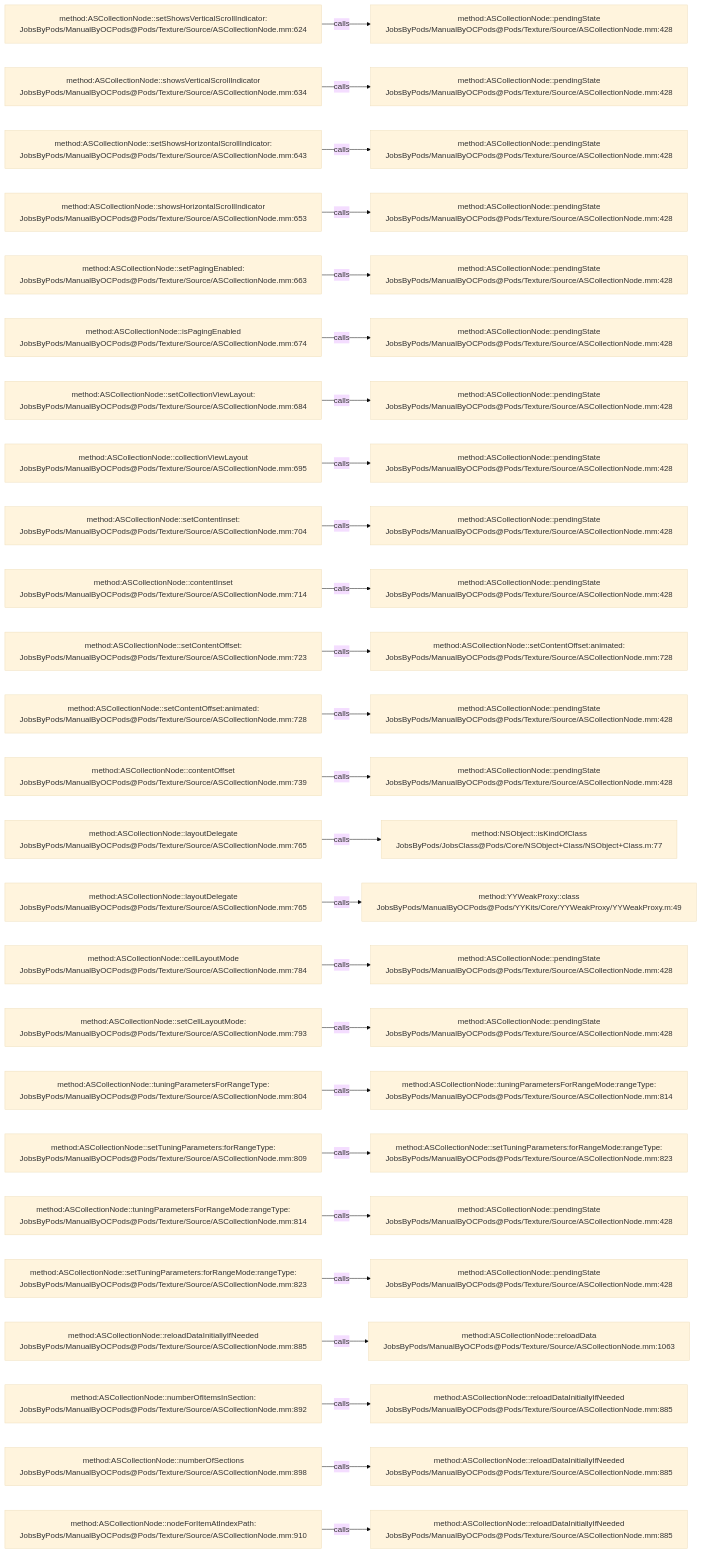
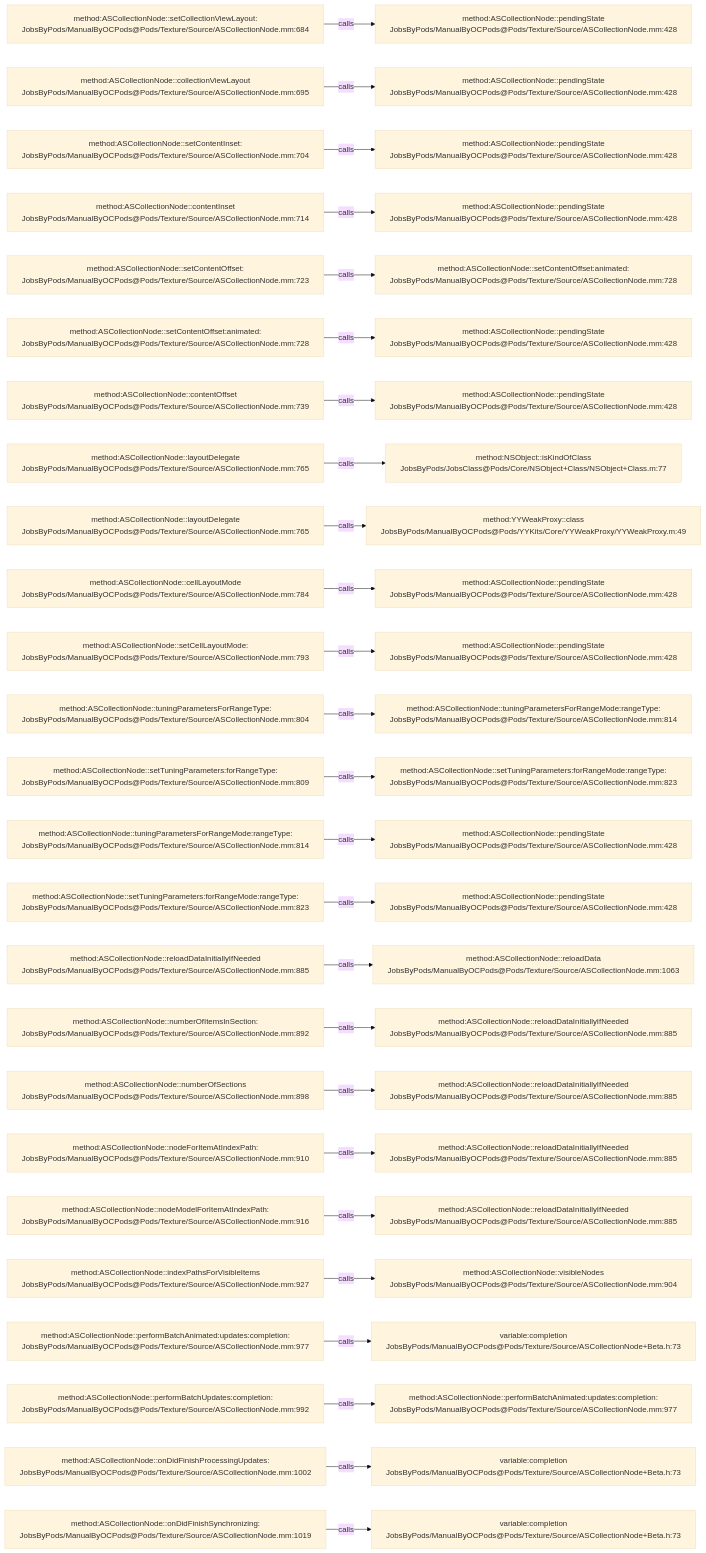
Before and after one commit to JobsKits/JobsOCBaseConfigDemo: the diagram in .codegraph/codegraph.md/graphs/calls-070.md, drawn with Mermaid (base theme). The commit also changed 666 other files, not shown here.

````diff
--- a/.codegraph/codegraph.md/graphs/calls-070.md
+++ b/.codegraph/codegraph.md/graphs/calls-070.md
@@ -13,78 +13,78 @@
 ```mermaid
 flowchart LR
-  S1["method:ASCollectionNode::setShowsVerticalScrollIndicator:<br/>JobsByPods/ManualByOCPods@Pods/Texture/Source/ASCollectionNode.mm:624"]
+  S1["method:ASCollectionNode::setCollectionViewLayout:<br/>JobsByPods/ManualByOCPods@Pods/Texture/Source/ASCollectionNode.mm:684"]
   T1["method:ASCollectionNode::pendingState<br/>JobsByPods/ManualByOCPods@Pods/Texture/Source/ASCollectionNode.mm:428"]
   S1 -->|calls| T1
-  S2["method:ASCollectionNode::showsVerticalScrollIndicator<br/>JobsByPods/ManualByOCPods@Pods/Texture/Source/ASCollectionNode.mm:634"]
+  S2["method:ASCollectionNode::collectionViewLayout<br/>JobsByPods/ManualByOCPods@Pods/Texture/Source/ASCollectionNode.mm:695"]
   T2["method:ASCollectionNode::pendingState<br/>JobsByPods/ManualByOCPods@Pods/Texture/Source/ASCollectionNode.mm:428"]
   S2 -->|calls| T2
-  S3["method:ASCollectionNode::setShowsHorizontalScrollIndicator:<br/>JobsByPods/ManualByOCPods@Pods/Texture/Source/ASCollectionNode.mm:643"]
+  S3["method:ASCollectionNode::setContentInset:<br/>JobsByPods/ManualByOCPods@Pods/Texture/Source/ASCollectionNode.mm:704"]
   T3["method:ASCollectionNode::pendingState<br/>JobsByPods/ManualByOCPods@Pods/Texture/Source/ASCollectionNode.mm:428"]
   S3 -->|calls| T3
-  S4["method:ASCollectionNode::showsHorizontalScrollIndicator<br/>JobsByPods/ManualByOCPods@Pods/Texture/Source/ASCollectionNode.mm:653"]
+  S4["method:ASCollectionNode::contentInset<br/>JobsByPods/ManualByOCPods@Pods/Texture/Source/ASCollectionNode.mm:714"]
   T4["method:ASCollectionNode::pendingState<br/>JobsByPods/ManualByOCPods@Pods/Texture/Source/ASCollectionNode.mm:428"]
   S4 -->|calls| T4
-  S5["method:ASCollectionNode::setPagingEnabled:<br/>JobsByPods/ManualByOCPods@Pods/Texture/Source/ASCollectionNode.mm:663"]
-  T5["method:ASCollectionNode::pendingState<br/>JobsByPods/ManualByOCPods@Pods/Texture/Source/ASCollectionNode.mm:428"]
+  S5["method:ASCollectionNode::setContentOffset:<br/>JobsByPods/ManualByOCPods@Pods/Texture/Source/ASCollectionNode.mm:723"]
+  T5["method:ASCollectionNode::setContentOffset:animated:<br/>JobsByPods/ManualByOCPods@Pods/Texture/Source/ASCollectionNode.mm:728"]
   S5 -->|calls| T5
-  S6["method:ASCollectionNode::isPagingEnabled<br/>JobsByPods/ManualByOCPods@Pods/Texture/Source/ASCollectionNode.mm:674"]
+  S6["method:ASCollectionNode::setContentOffset:animated:<br/>JobsByPods/ManualByOCPods@Pods/Texture/Source/ASCollectionNode.mm:728"]
   T6["method:ASCollectionNode::pendingState<br/>JobsByPods/ManualByOCPods@Pods/Texture/Source/ASCollectionNode.mm:428"]
   S6 -->|calls| T6
-  S7["method:ASCollectionNode::setCollectionViewLayout:<br/>JobsByPods/ManualByOCPods@Pods/Texture/Source/ASCollectionNode.mm:684"]
+  S7["method:ASCollectionNode::contentOffset<br/>JobsByPods/ManualByOCPods@Pods/Texture/Source/ASCollectionNode.mm:739"]
   T7["method:ASCollectionNode::pendingState<br/>JobsByPods/ManualByOCPods@Pods/Texture/Source/ASCollectionNode.mm:428"]
   S7 -->|calls| T7
-  S8["method:ASCollectionNode::collectionViewLayout<br/>JobsByPods/ManualByOCPods@Pods/Texture/Source/ASCollectionNode.mm:695"]
-  T8["method:ASCollectionNode::pendingState<br/>JobsByPods/ManualByOCPods@Pods/Texture/Source/ASCollectionNode.mm:428"]
+  S8["method:ASCollectionNode::layoutDelegate<br/>JobsByPods/ManualByOCPods@Pods/Texture/Source/ASCollectionNode.mm:765"]
+  T8["method:NSObject::isKindOfClass<br/>JobsByPods/JobsClass@Pods/Core/NSObject+Class/NSObject+Class.m:77"]
   S8 -->|calls| T8
-  S9["method:ASCollectionNode::setContentInset:<br/>JobsByPods/ManualByOCPods@Pods/Texture/Source/ASCollectionNode.mm:704"]
-  T9["method:ASCollectionNode::pendingState<br/>JobsByPods/ManualByOCPods@Pods/Texture/Source/ASCollectionNode.mm:428"]
+  S9["method:ASCollectionNode::layoutDelegate<br/>JobsByPods/ManualByOCPods@Pods/Texture/Source/ASCollectionNode.mm:765"]
+  T9["method:YYWeakProxy::class<br/>JobsByPods/ManualByOCPods@Pods/YYKits/Core/YYWeakProxy/YYWeakProxy.m:49"]
   S9 -->|calls| T9
-  S10["method:ASCollectionNode::contentInset<br/>JobsByPods/ManualByOCPods@Pods/Texture/Source/ASCollectionNode.mm:714"]
+  S10["method:ASCollectionNode::cellLayoutMode<br/>JobsByPods/ManualByOCPods@Pods/Texture/Source/ASCollectionNode.mm:784"]
   T10["method:ASCollectionNode::pendingState<br/>JobsByPods/ManualByOCPods@Pods/Texture/Source/ASCollectionNode.mm:428"]
   S10 -->|calls| T10
-  S11["method:ASCollectionNode::setContentOffset:<br/>JobsByPods/ManualByOCPods@Pods/Texture/Source/ASCollectionNode.mm:723"]
-  T11["method:ASCollectionNode::setContentOffset:animated:<br/>JobsByPods/ManualByOCPods@Pods/Texture/Source/ASCollectionNode.mm:728"]
+  S11["method:ASCollectionNode::setCellLayoutMode:<br/>JobsByPods/ManualByOCPods@Pods/Texture/Source/ASCollectionNode.mm:793"]
+  T11["method:ASCollectionNode::pendingState<br/>JobsByPods/ManualByOCPods@Pods/Texture/Source/ASCollectionNode.mm:428"]
   S11 -->|calls| T11
-  S12["method:ASCollectionNode::setContentOffset:animated:<br/>JobsByPods/ManualByOCPods@Pods/Texture/Source/ASCollectionNode.mm:728"]
-  T12["method:ASCollectionNode::pendingState<br/>JobsByPods/ManualByOCPods@Pods/Texture/Source/ASCollectionNode.mm:428"]
+  S12["method:ASCollectionNode::tuningParametersForRangeType:<br/>JobsByPods/ManualByOCPods@Pods/Texture/Source/ASCollectionNode.mm:804"]
+  T12["method:ASCollectionNode::tuningParametersForRangeMode:rangeType:<br/>JobsByPods/ManualByOCPods@Pods/Texture/Source/ASCollectionNode.mm:814"]
   S12 -->|calls| T12
-  S13["method:ASCollectionNode::contentOffset<br/>JobsByPods/ManualByOCPods@Pods/Texture/Source/ASCollectionNode.mm:739"]
-  T13["method:ASCollectionNode::pendingState<br/>JobsByPods/ManualByOCPods@Pods/Texture/Source/ASCollectionNode.mm:428"]
+  S13["method:ASCollectionNode::setTuningParameters:forRangeType:<br/>JobsByPods/ManualByOCPods@Pods/Texture/Source/ASCollectionNode.mm:809"]
+  T13["method:ASCollectionNode::setTuningParameters:forRangeMode:rangeType:<br/>JobsByPods/ManualByOCPods@Pods/Texture/Source/ASCollectionNode.mm:823"]
   S13 -->|calls| T13
-  S14["method:ASCollectionNode::layoutDelegate<br/>JobsByPods/ManualByOCPods@Pods/Texture/Source/ASCollectionNode.mm:765"]
-  T14["method:NSObject::isKindOfClass<br/>JobsByPods/JobsClass@Pods/Core/NSObject+Class/NSObject+Class.m:77"]
+  S14["method:ASCollectionNode::tuningParametersForRangeMode:rangeType:<br/>JobsByPods/ManualByOCPods@Pods/Texture/Source/ASCollectionNode.mm:814"]
+  T14["method:ASCollectionNode::pendingState<br/>JobsByPods/ManualByOCPods@Pods/Texture/Source/ASCollectionNode.mm:428"]
   S14 -->|calls| T14
-  S15["method:ASCollectionNode::layoutDelegate<br/>JobsByPods/ManualByOCPods@Pods/Texture/Source/ASCollectionNode.mm:765"]
-  T15["method:YYWeakProxy::class<br/>JobsByPods/ManualByOCPods@Pods/YYKits/Core/YYWeakProxy/YYWeakProxy.m:49"]
+  S15["method:ASCollectionNode::setTuningParameters:forRangeMode:rangeType:<br/>JobsByPods/ManualByOCPods@Pods/Texture/Source/ASCollectionNode.mm:823"]
+  T15["method:ASCollectionNode::pendingState<br/>JobsByPods/ManualByOCPods@Pods/Texture/Source/ASCollectionNode.mm:428"]
   S15 -->|calls| T15
-  S16["method:ASCollectionNode::cellLayoutMode<br/>JobsByPods/ManualByOCPods@Pods/Texture/Source/ASCollectionNode.mm:784"]
-  T16["method:ASCollectionNode::pendingState<br/>JobsByPods/ManualByOCPods@Pods/Texture/Source/ASCollectionNode.mm:428"]
+  S16["method:ASCollectionNode::reloadDataInitiallyIfNeeded<br/>JobsByPods/ManualByOCPods@Pods/Texture/Source/ASCollectionNode.mm:885"]
+  T16["method:ASCollectionNode::reloadData<br/>JobsByPods/ManualByOCPods@Pods/Texture/Source/ASCollectionNode.mm:1063"]
   S16 -->|calls| T16
-  S17["method:ASCollectionNode::setCellLayoutMode:<br/>JobsByPods/ManualByOCPods@Pods/Texture/Source/ASCollectionNode.mm:793"]
-  T17["method:ASCollectionNode::pendingState<br/>JobsByPods/ManualByOCPods@Pods/Texture/Source/ASCollectionNode.mm:428"]
+  S17["method:ASCollectionNode::numberOfItemsInSection:<br/>JobsByPods/ManualByOCPods@Pods/Texture/Source/ASCollectionNode.mm:892"]
+  T17["method:ASCollectionNode::reloadDataInitiallyIfNeeded<br/>JobsByPods/ManualByOCPods@Pods/Texture/Source/ASCollectionNode.mm:885"]
   S17 -->|calls| T17
-  S18["method:ASCollectionNode::tuningParametersForRangeType:<br/>JobsByPods/ManualByOCPods@Pods/Texture/Source/ASCollectionNode.mm:804"]
-  T18["method:ASCollectionNode::tuningParametersForRangeMode:rangeType:<br/>JobsByPods/ManualByOCPods@Pods/Texture/Source/ASCollectionNode.mm:814"]
+  S18["method:ASCollectionNode::numberOfSections<br/>JobsByPods/ManualByOCPods@Pods/Texture/Source/ASCollectionNode.mm:898"]
+  T18["method:ASCollectionNode::reloadDataInitiallyIfNeeded<br/>JobsByPods/ManualByOCPods@Pods/Texture/Source/ASCollectionNode.mm:885"]
   S18 -->|calls| T18
-  S19["method:ASCollectionNode::setTuningParameters:forRangeType:<br/>JobsByPods/ManualByOCPods@Pods/Texture/Source/ASCollectionNode.mm:809"]
-  T19["method:ASCollectionNode::setTuningParameters:forRangeMode:rangeType:<br/>JobsByPods/ManualByOCPods@Pods/Texture/Source/ASCollectionNode.mm:823"]
+  S19["method:ASCollectionNode::nodeForItemAtIndexPath:<br/>JobsByPods/ManualByOCPods@Pods/Texture/Source/ASCollectionNode.mm:910"]
+  T19["method:ASCollectionNode::reloadDataInitiallyIfNeeded<br/>JobsByPods/ManualByOCPods@Pods/Texture/Source/ASCollectionNode.mm:885"]
   S19 -->|calls| T19
-  S20["method:ASCollectionNode::tuningParametersForRangeMode:rangeType:<br/>JobsByPods/ManualByOCPods@Pods/Texture/Source/ASCollectionNode.mm:814"]
-  T20["method:ASCollectionNode::pendingState<br/>JobsByPods/ManualByOCPods@Pods/Texture/Source/ASCollectionNode.mm:428"]
+  S20["method:ASCollectionNode::nodeModelForItemAtIndexPath:<br/>JobsByPods/ManualByOCPods@Pods/Texture/Source/ASCollectionNode.mm:916"]
+  T20["method:ASCollectionNode::reloadDataInitiallyIfNeeded<br/>JobsByPods/ManualByOCPods@Pods/Texture/Source/ASCollectionNode.mm:885"]
   S20 -->|calls| T20
-  S21["method:ASCollectionNode::setTuningParameters:forRangeMode:rangeType:<br/>JobsByPods/ManualByOCPods@Pods/Texture/Source/ASCollectionNode.mm:823"]
-  T21["method:ASCollectionNode::pendingState<br/>JobsByPods/ManualByOCPods@Pods/Texture/Source/ASCollectionNode.mm:428"]
+  S21["method:ASCollectionNode::indexPathsForVisibleItems<br/>JobsByPods/ManualByOCPods@Pods/Texture/Source/ASCollectionNode.mm:927"]
+  T21["method:ASCollectionNode::visibleNodes<br/>JobsByPods/ManualByOCPods@Pods/Texture/Source/ASCollectionNode.mm:904"]
   S21 -->|calls| T21
-  S22["method:ASCollectionNode::reloadDataInitiallyIfNeeded<br/>JobsByPods/ManualByOCPods@Pods/Texture/Source/ASCollectionNode.mm:885"]
-  T22["method:ASCollectionNode::reloadData<br/>JobsByPods/ManualByOCPods@Pods/Texture/Source/ASCollectionNode.mm:1063"]
+  S22["method:ASCollectionNode::performBatchAnimated:updates:completion:<br/>JobsByPods/ManualByOCPods@Pods/Texture/Source/ASCollectionNode.mm:977"]
+  T22["variable:completion<br/>JobsByPods/ManualByOCPods@Pods/Texture/Source/ASCollectionNode+Beta.h:73"]
   S22 -->|calls| T22
-  S23["method:ASCollectionNode::numberOfItemsInSection:<br/>JobsByPods/ManualByOCPods@Pods/Texture/Source/ASCollectionNode.mm:892"]
-  T23["method:ASCollectionNode::reloadDataInitiallyIfNeeded<br/>JobsByPods/ManualByOCPods@Pods/Texture/Source/ASCollectionNode.mm:885"]
+  S23["method:ASCollectionNode::performBatchUpdates:completion:<br/>JobsByPods/ManualByOCPods@Pods/Texture/Source/ASCollectionNode.mm:992"]
+  T23["method:ASCollectionNode::performBatchAnimated:updates:completion:<br/>JobsByPods/ManualByOCPods@Pods/Texture/Source/ASCollectionNode.mm:977"]
   S23 -->|calls| T23
-  S24["method:ASCollectionNode::numberOfSections<br/>JobsByPods/ManualByOCPods@Pods/Texture/Source/ASCollectionNode.mm:898"]
-  T24["method:ASCollectionNode::reloadDataInitiallyIfNeeded<br/>JobsByPods/ManualByOCPods@Pods/Texture/Source/ASCollectionNode.mm:885"]
+  S24["method:ASCollectionNode::onDidFinishProcessingUpdates:<br/>JobsByPods/ManualByOCPods@Pods/Texture/Source/ASCollectionNode.mm:1002"]
+  T24["variable:completion<br/>JobsByPods/ManualByOCPods@Pods/Texture/Source/ASCollectionNode+Beta.h:73"]
   S24 -->|calls| T24
-  S25["method:ASCollectionNode::nodeForItemAtIndexPath:<br/>JobsByPods/ManualByOCPods@Pods/Texture/Source/ASCollectionNode.mm:910"]
-  T25["method:ASCollectionNode::reloadDataInitiallyIfNeeded<br/>JobsByPods/ManualByOCPods@Pods/Texture/Source/ASCollectionNode.mm:885"]
+  S25["method:ASCollectionNode::onDidFinishSynchronizing:<br/>JobsByPods/ManualByOCPods@Pods/Texture/Source/ASCollectionNode.mm:1019"]
+  T25["variable:completion<br/>JobsByPods/ManualByOCPods@Pods/Texture/Source/ASCollectionNode+Beta.h:73"]
   S25 -->|calls| T25
 ```
````
